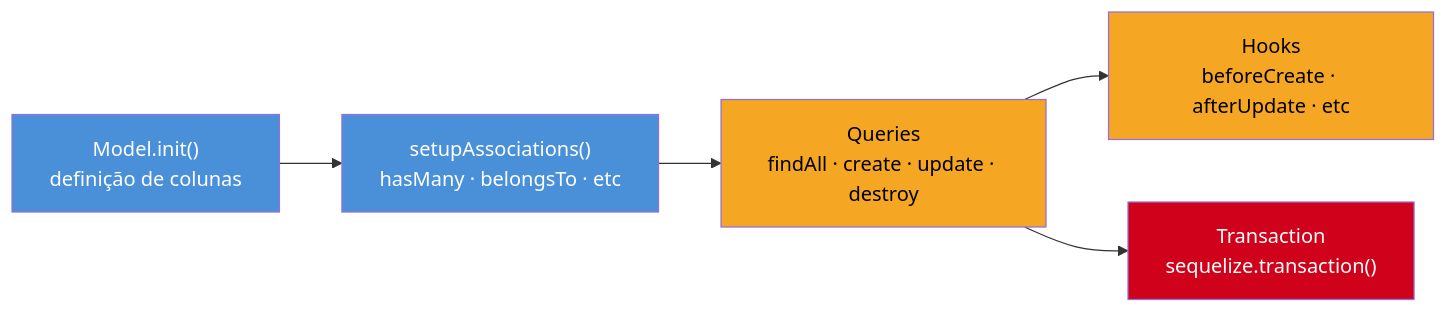
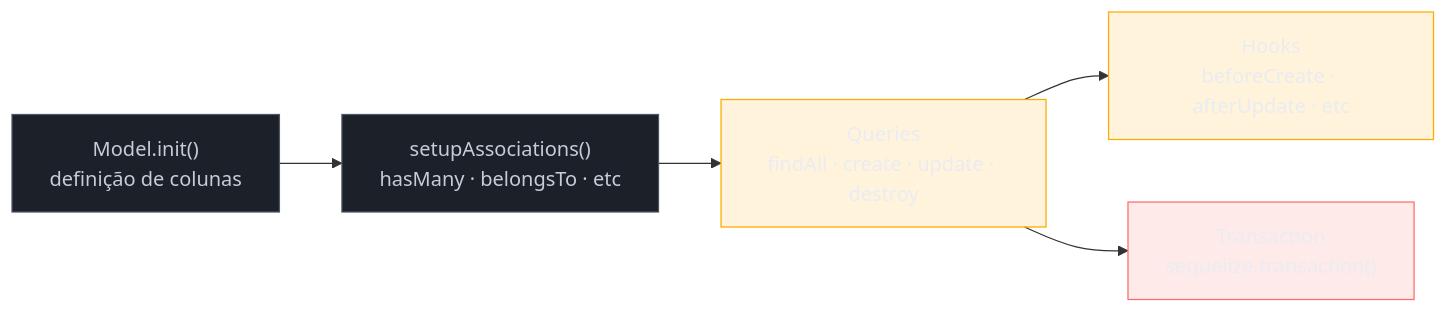
The diagram in 03-Dominios/Tecnologia/Node/ORMs e banco de dados/02 - Sequelize - queries e associações.md (josenaldo/codex-technomanticus), drawn with Mermaid before and after one commit. The commit also changed 1181 other files, not shown here.

First line of the commit message:
fix(diagramas): paleta do sistema no lugar de cor cravada no markdown

````diff
--- a/03-Dominios/Tecnologia/Node/ORMs e banco de dados/02 - Sequelize - queries e associações.md
+++ b/03-Dominios/Tecnologia/Node/ORMs e banco de dados/02 - Sequelize - queries e associações.md
@@ -23,19 +23,22 @@
 ```mermaid
 flowchart LR
+    classDef neutro fill:#1B2029,stroke:#4E5666,color:#C6CCD8
+    classDef destaque fill:#FFAA0024,stroke:#FFAA00,color:#E9ECF2
+    classDef falha fill:#FF6B6B24,stroke:#FF6B6B,color:#E9ECF2
     DEF["Model.init()\ndefinição de colunas"]
     ASSOC["setupAssociations()\nhasMany · belongsTo · etc"]
     CRUD["Queries\nfindAll · create · update · destroy"]
     HOOK["Hooks\nbeforeCreate · afterUpdate · etc"]
     TX["Transaction\nsequelize.transaction()"]
 
     DEF --> ASSOC
     ASSOC --> CRUD
     CRUD --> HOOK
     CRUD --> TX
 
-    style DEF fill:#4A90D9,color:#fff
-    style ASSOC fill:#4A90D9,color:#fff
-    style CRUD fill:#F5A623,color:#000
-    style HOOK fill:#F5A623,color:#000
-    style TX fill:#D0021B,color:#fff
+    class DEF neutro
+    class ASSOC neutro
+    class CRUD destaque
+    class HOOK destaque
+    class TX falha
 ```
````
